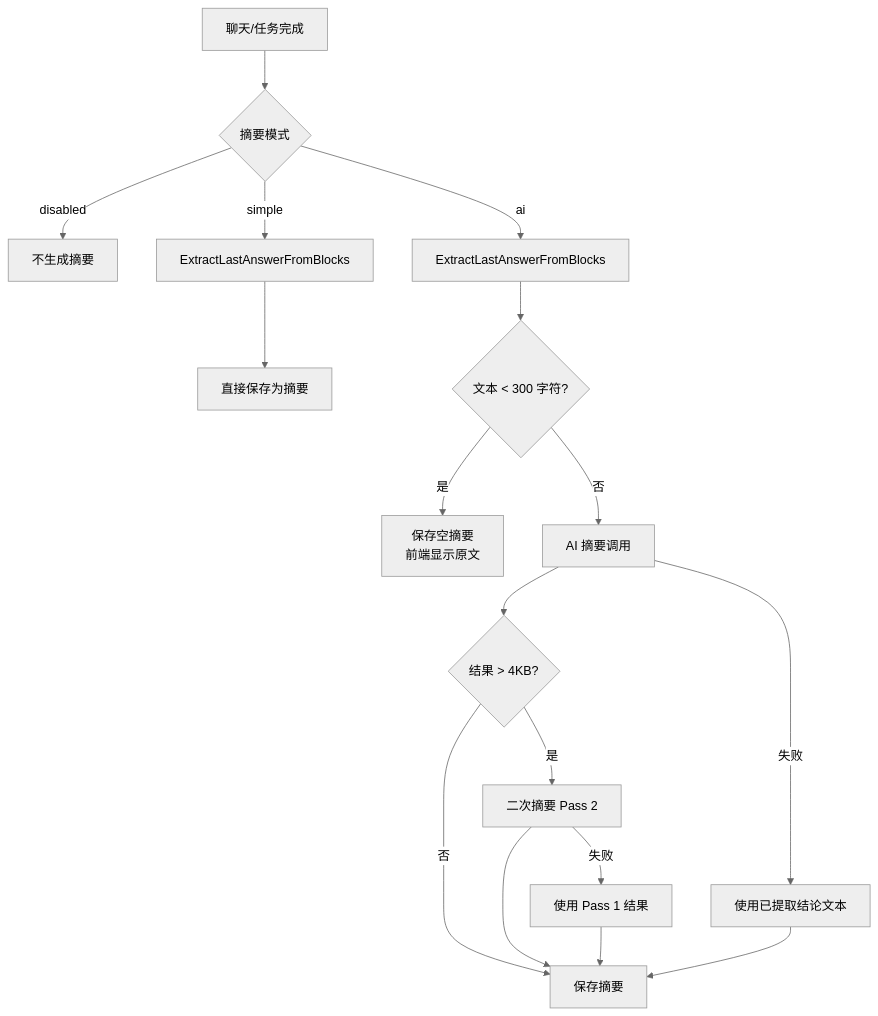
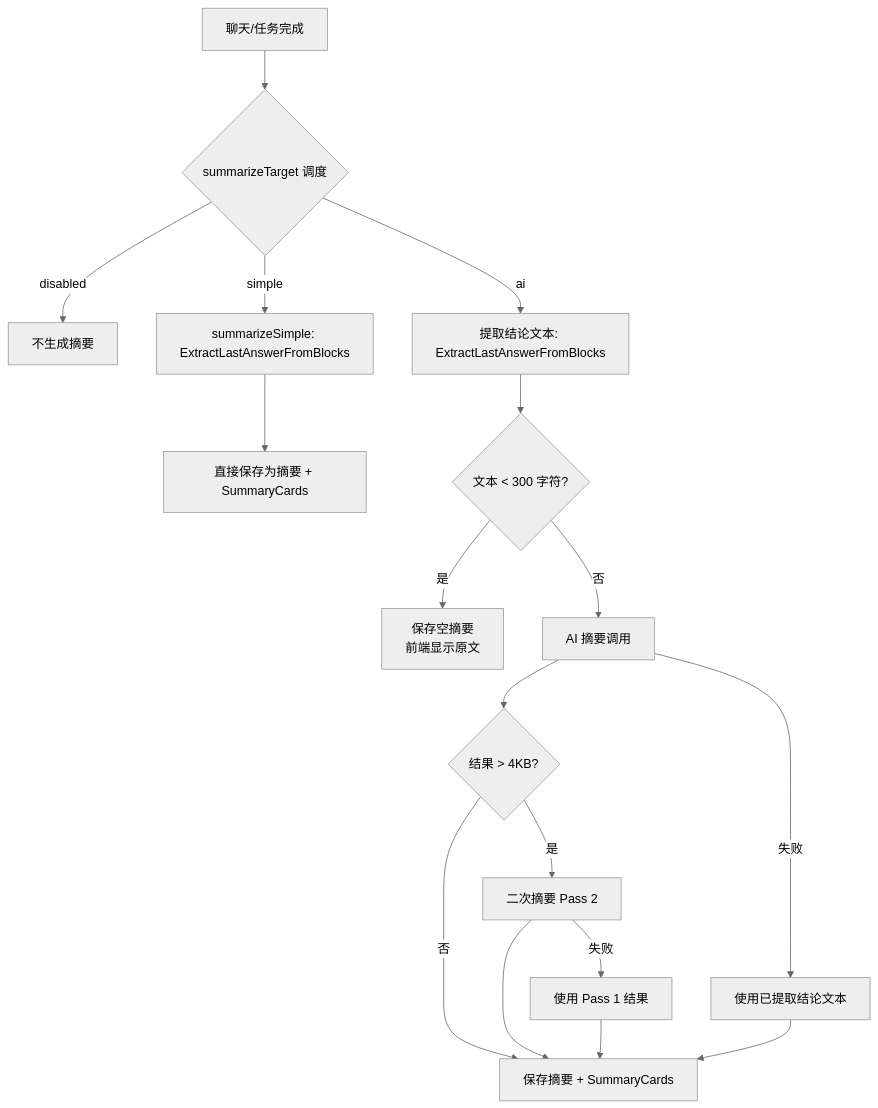
The first of 2 diagrams in docs/spec/core/summarization.md (0REZ/clawbench), drawn with Mermaid (neutral theme) before and after one commit. The commit also changed other lines of this file and 71 other files, not shown here.

````diff
--- a/docs/spec/core/summarization.md
+++ b/docs/spec/core/summarization.md
@@ -9,19 +9,19 @@
 ```mermaid
 flowchart TD
-    A[聊天/任务完成] --> B{摘要模式}
+    A[聊天/任务完成] --> B{summarizeTarget 调度}
     B -->|disabled| Z[不生成摘要]
-    B -->|simple| C[ExtractLastAnswerFromBlocks]
-    C --> D[直接保存为摘要]
-    B -->|ai| E[ExtractLastAnswerFromBlocks]
+    B -->|simple| C[summarizeSimple: ExtractLastAnswerFromBlocks]
+    C --> D[直接保存为摘要 + SummaryCards]
+    B -->|ai| E[提取结论文本: ExtractLastAnswerFromBlocks]
     E --> F{文本 < 300 字符?}
     F -->|是| G[保存空摘要<br/>前端显示原文]
     F -->|否| H[AI 摘要调用]
     H --> I{结果 > 4KB?}
-    I -->|否| J[保存摘要]
+    I -->|否| J[保存摘要 + SummaryCards]
     I -->|是| K[二次摘要 Pass 2]
     K --> J
     K -->|失败| L[使用 Pass 1 结果]
     L --> J
     H -->|失败| M[使用已提取结论文本]
     M --> J
 ```
````
